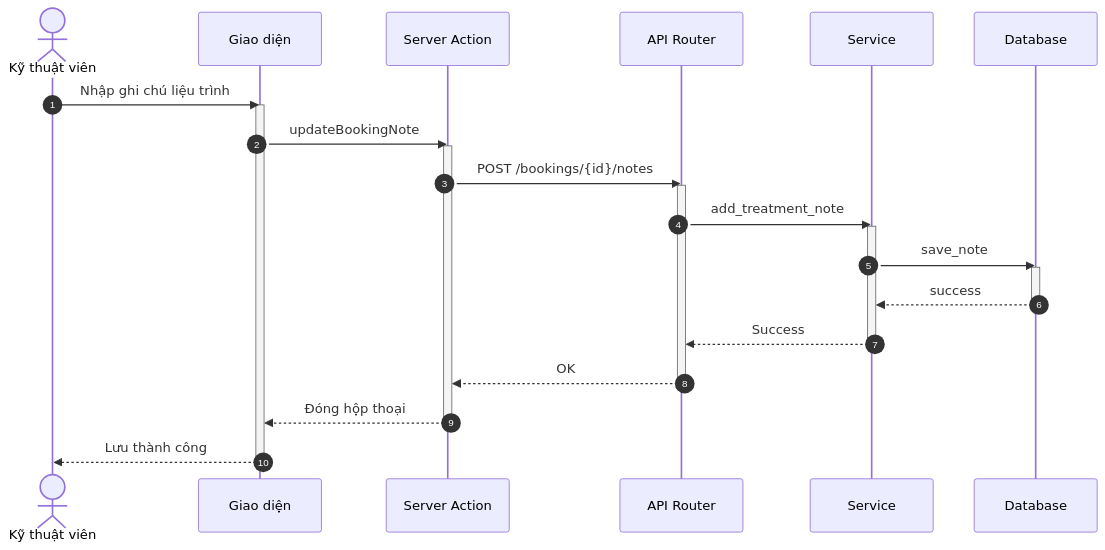
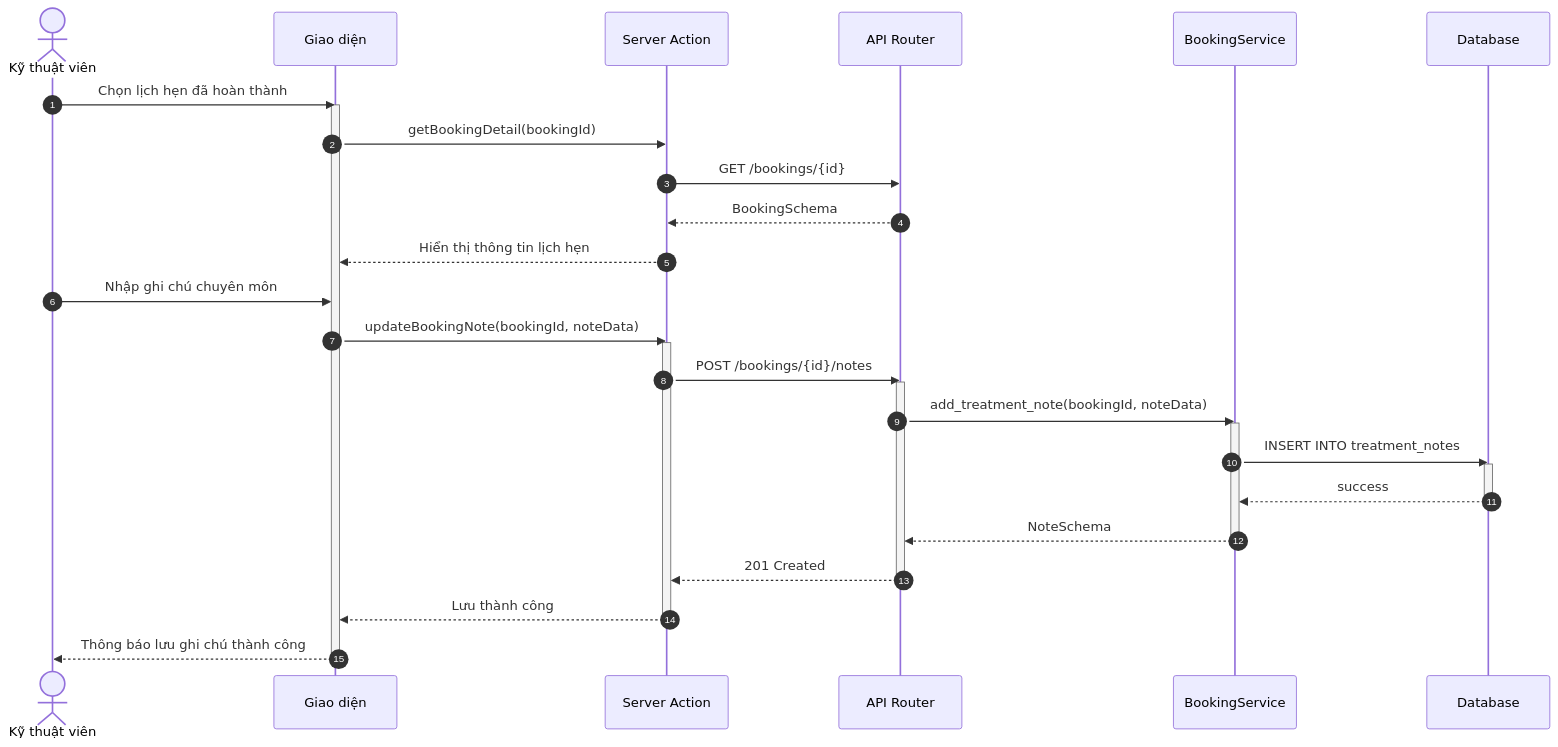
One commit to ngoctinn/Synapse changed the second of 2 diagrams in docs/design/sequences/technician_flows.md. Above: the diagram before and after it, drawn with Mermaid. The commit also changed other lines of this file and 11 other files, not shown here.

Commit message:
docs: Add initial design documentation, including architecture, UI, use cases, and detailed sequence diagrams for various user flows.

````diff
--- a/docs/design/sequences/technician_flows.md
+++ b/docs/design/sequences/technician_flows.md
@@ -70,38 +70,44 @@
 ```mermaid
 sequenceDiagram
     autonumber
     actor KTV as Kỹ thuật viên
     participant UI as Giao diện
     participant BFF as Server Action
     participant API as API Router
-    participant S as Service
+    participant S as BookingService
     participant DB as Database
 
-    KTV->>UI: Nhập ghi chú liệu trình
+    KTV->>UI: Chọn lịch hẹn đã hoàn thành
     activate UI
-    UI->>BFF: updateBookingNote
+    UI->>BFF: getBookingDetail(bookingId)
+    BFF->>API: GET /bookings/{id}
+    API-->>BFF: BookingSchema
+    BFF-->>UI: Hiển thị thông tin lịch hẹn
+
+    KTV->>UI: Nhập ghi chú chuyên môn
+    UI->>BFF: updateBookingNote(bookingId, noteData)
     activate BFF
 
     BFF->>API: POST /bookings/{id}/notes
     activate API
 
-    API->>S: add_treatment_note
+    API->>S: add_treatment_note(bookingId, noteData)
     activate S
 
-    S->>DB: save_note
+    S->>DB: INSERT INTO treatment_notes
     activate DB
     DB-->>S: success
     deactivate DB
 
-    S-->>API: Success
+    S-->>API: NoteSchema
     deactivate S
 
-    API-->>BFF: OK
+    API-->>BFF: 201 Created
     deactivate API
 
-    BFF-->>UI: Đóng hộp thoại
+    BFF-->>UI: Lưu thành công
     deactivate BFF
 
-    UI-->>KTV: Lưu thành công
+    UI-->>KTV: Thông báo lưu ghi chú thành công
     deactivate UI
 ```
````
